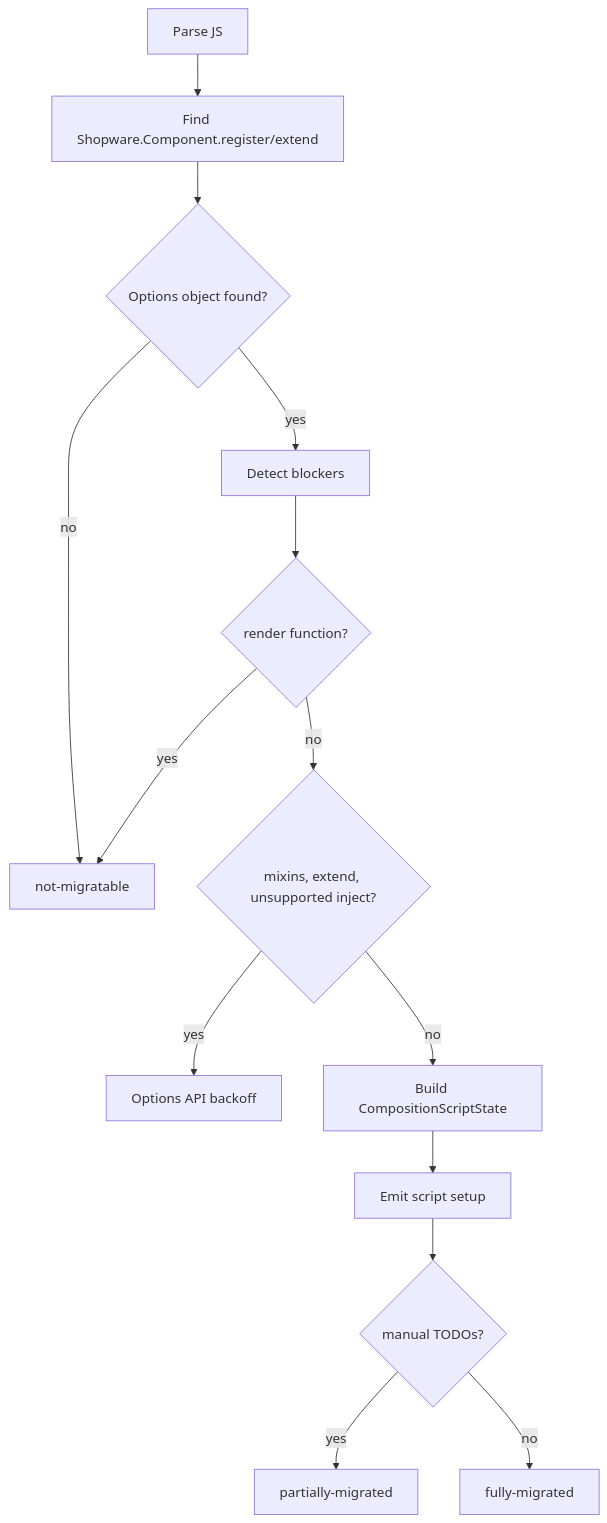
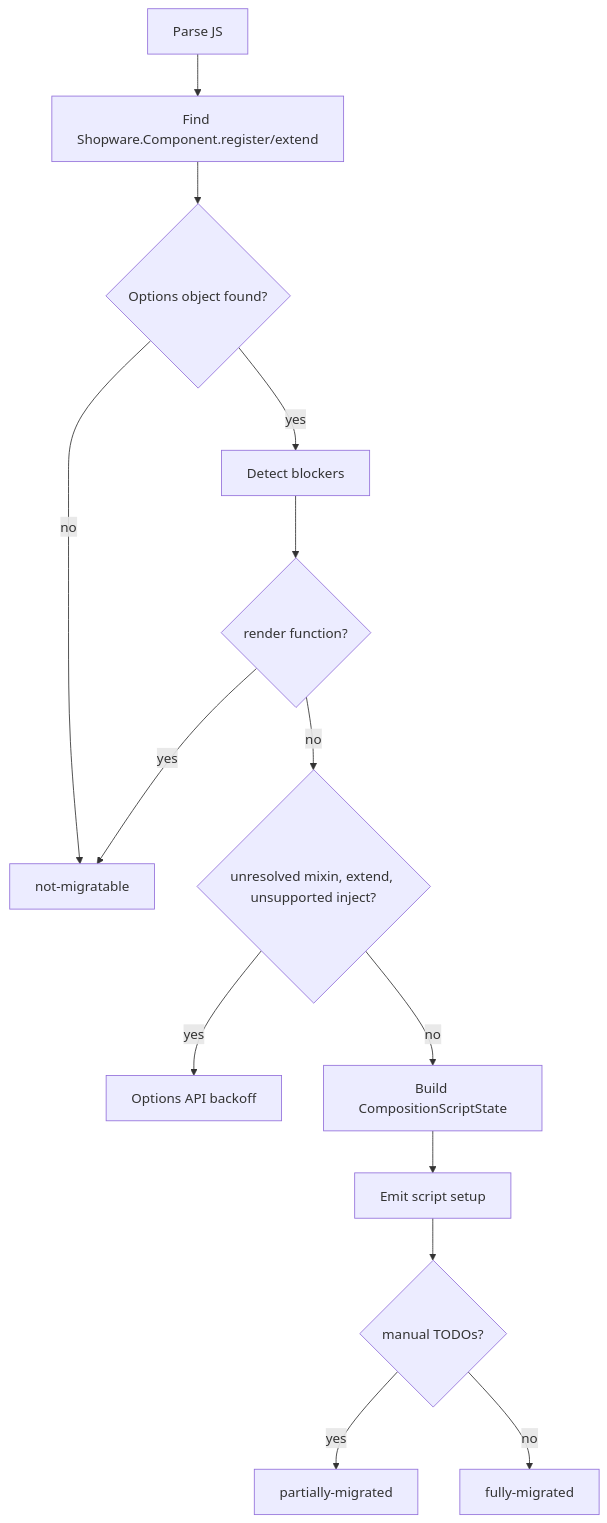
The second of 2 diagrams in src/Administration/Resources/app/administration/scripts/codemods/sfc-migration/TECHNICAL_README.md (shopware/shopware), drawn with Mermaid before and after one commit. The commit also changed other lines of this file and 7 other files, not shown here.

````diff
--- a/src/Administration/Resources/app/administration/scripts/codemods/sfc-migration/TECHNICAL_README.md
+++ b/src/Administration/Resources/app/administration/scripts/codemods/sfc-migration/TECHNICAL_README.md
@@ -208,16 +209,16 @@
 ```mermaid
 flowchart TD
     A[Parse JS] --> B[Find Shopware.Component.register/extend]
     B --> C{Options object found?}
     C -- no --> D[not-migratable]
     C -- yes --> E[Detect blockers]
     E --> F{render function?}
     F -- yes --> D
-    F -- no --> G{mixins, extend, unsupported inject?}
+    F -- no --> G{unresolved mixin, extend, unsupported inject?}
     G -- yes --> H[Options API backoff]
     G -- no --> I[Build CompositionScriptState]
     I --> J[Emit script setup]
     J --> K{manual TODOs?}
     K -- yes --> L[partially-migrated]
     K -- no --> M[fully-migrated]
 ```
````
